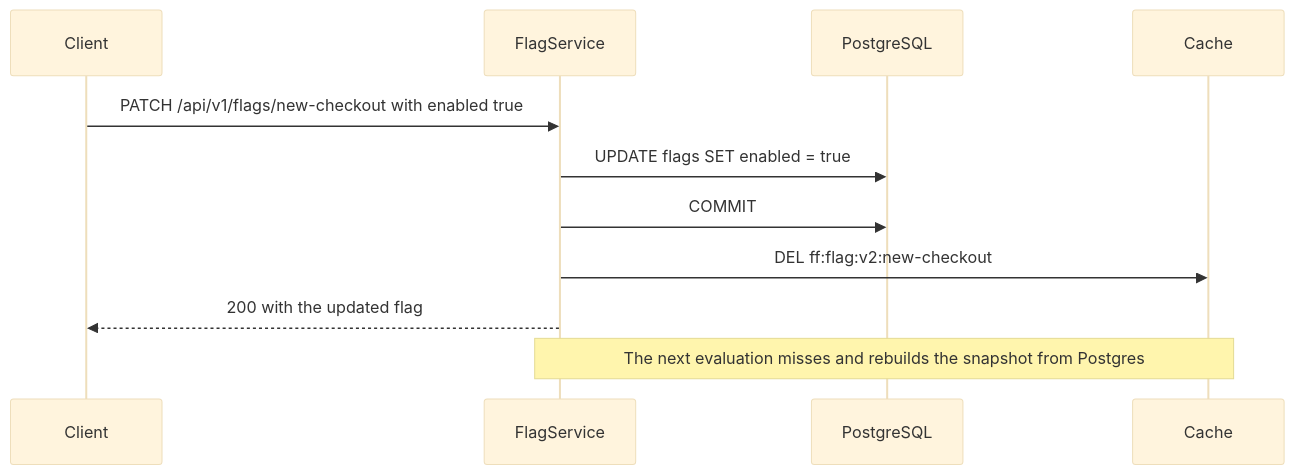
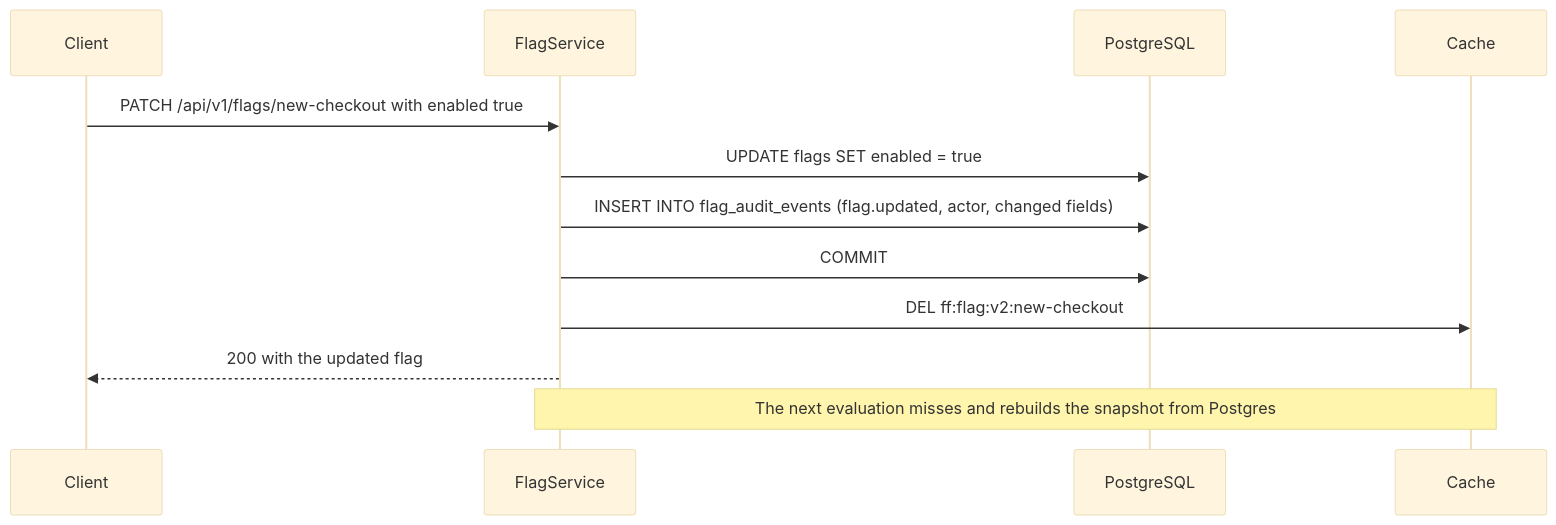
One commit to abdella2066/DO-interview changed the fourth of 4 diagrams in docs/architecture.md. Above: the diagram before and after it, drawn with Mermaid (base theme). The commit also changed other lines of this file and 11 other files, not shown here.

````diff
--- a/docs/architecture.md
+++ b/docs/architecture.md
@@ -89,13 +89,14 @@
 ```mermaid
 sequenceDiagram
     participant C as Client
     participant S as FlagService
     participant D as PostgreSQL
     participant K as Cache
     C->>S: PATCH /api/v1/flags/new-checkout with enabled true
     S->>D: UPDATE flags SET enabled = true
+    S->>D: INSERT INTO flag_audit_events (flag.updated, actor, changed fields)
     S->>D: COMMIT
     S->>K: DEL ff:flag:v2:new-checkout
     S-->>C: 200 with the updated flag
     Note over S,K: The next evaluation misses and rebuilds the snapshot from Postgres
 ```
````
